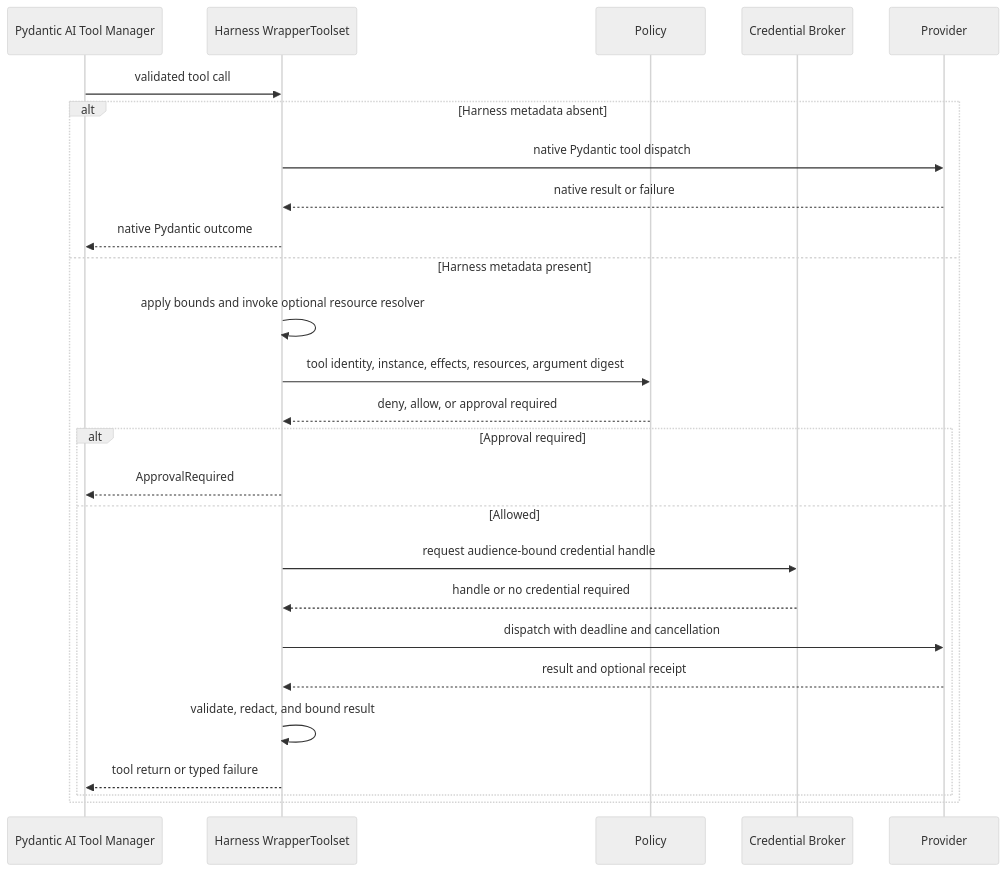
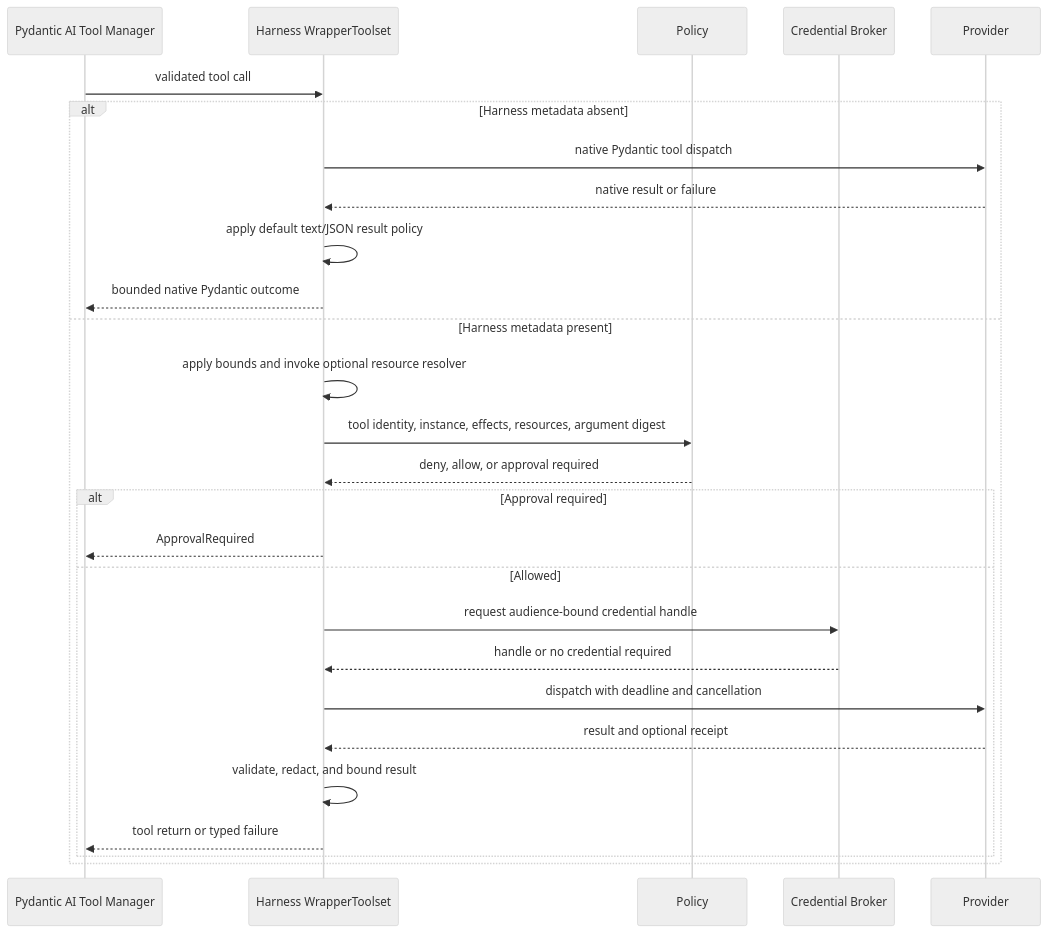
One commit to LTThreeComma/agent-foundation changed the diagram in spec/agent-harness/07-tool-execution.md. Above: the diagram before and after it, drawn with Mermaid (neutral theme). The commit also changed other lines of this file and 77 other files, not shown here.

````diff
--- a/spec/agent-harness/07-tool-execution.md
+++ b/spec/agent-harness/07-tool-execution.md
@@ -179,29 +177,30 @@
 ```mermaid
 sequenceDiagram
     participant PAI as Pydantic AI Tool Manager
     participant Wrapper as Harness WrapperToolset
     participant Policy
     participant Broker as Credential Broker
     participant Provider
 
     PAI->>Wrapper: validated tool call
     alt Harness metadata absent
         Wrapper->>Provider: native Pydantic tool dispatch
         Provider-->>Wrapper: native result or failure
-        Wrapper-->>PAI: native Pydantic outcome
+        Wrapper->>Wrapper: apply default text/JSON result policy
+        Wrapper-->>PAI: bounded native Pydantic outcome
     else Harness metadata present
         Wrapper->>Wrapper: apply bounds and invoke optional resource resolver
         Wrapper->>Policy: tool identity, instance, effects, resources, argument digest
         Policy-->>Wrapper: deny, allow, or approval required
         alt Approval required
             Wrapper-->>PAI: ApprovalRequired
         else Allowed
             Wrapper->>Broker: request audience-bound credential handle
             Broker-->>Wrapper: handle or no credential required
             Wrapper->>Provider: dispatch with deadline and cancellation
             Provider-->>Wrapper: result and optional receipt
             Wrapper->>Wrapper: validate, redact, and bound result
             Wrapper-->>PAI: tool return or typed failure
         end
     end
 ```
````
